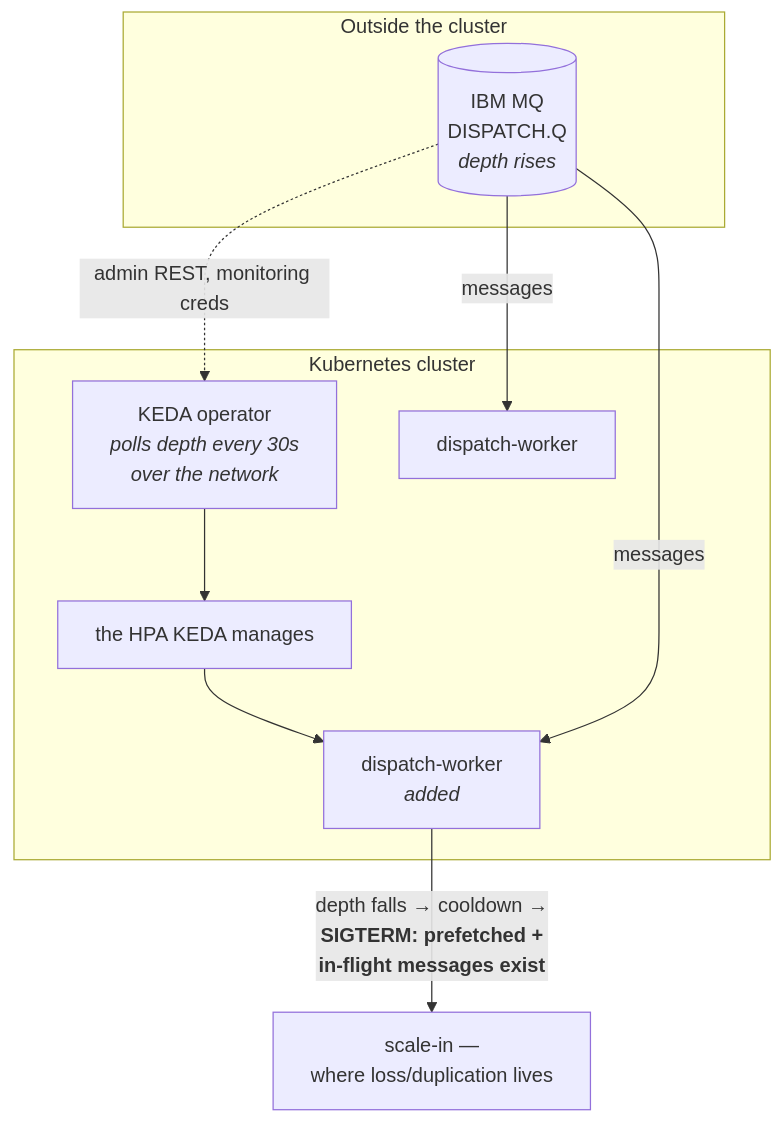
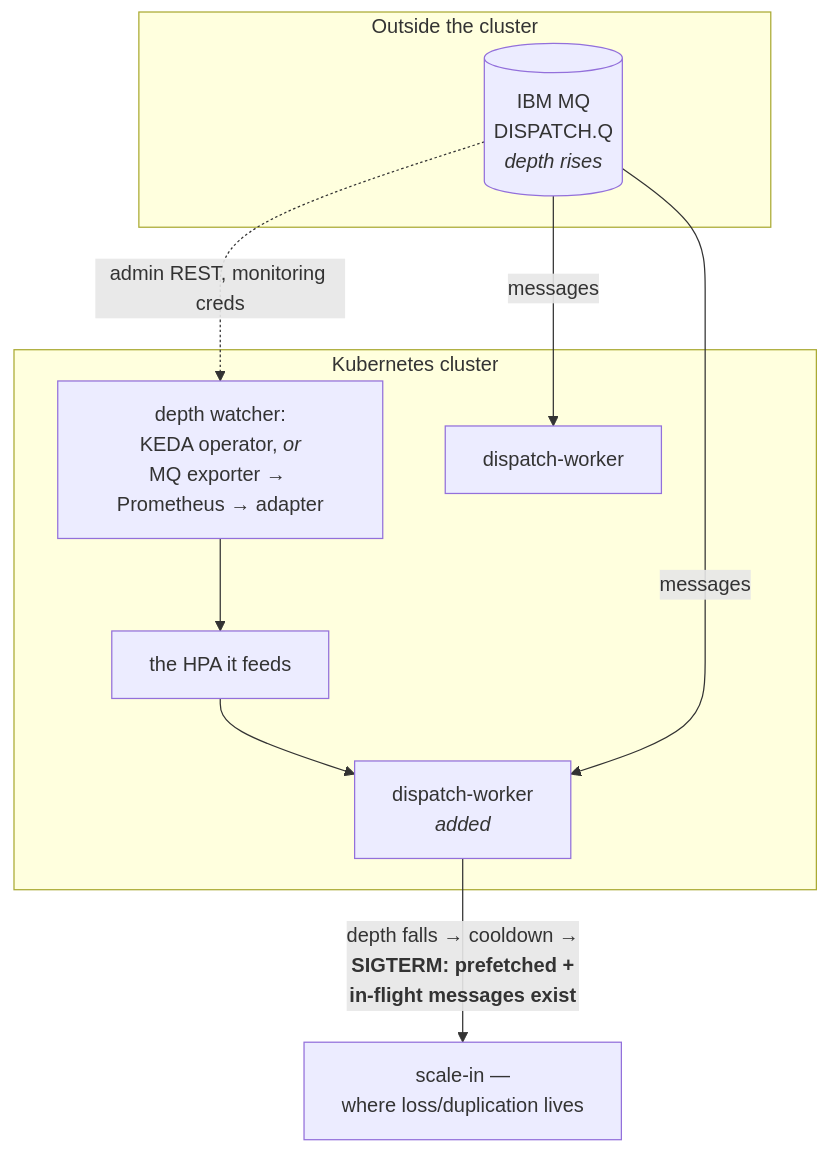
The diagram in src/content/docs/autoscaling/messaging-consumers.md (jamiegunn/k8s_soup_to_nuts), drawn with Mermaid before and after one commit. The commit also changed other lines of this file and 19 other files, not shown here.

````diff
--- a/src/content/docs/autoscaling/messaging-consumers.md
+++ b/src/content/docs/autoscaling/messaging-consumers.md
@@ -27,17 +27,17 @@
 ```mermaid
 flowchart TD
     subgraph outside["Outside the cluster"]
         MQ[("IBM MQ<br/>DISPATCH.Q<br/><i>depth rises</i>")]
     end
     subgraph cluster["Kubernetes cluster"]
-        KEDA["KEDA operator<br/><i>polls depth every 30s<br/>over the network</i>"]
-        HPA["the HPA KEDA manages"]
+        KEDA["depth watcher:<br/>KEDA operator, <i>or</i><br/>MQ exporter → Prometheus → adapter"]
+        HPA["the HPA it feeds"]
         W1["dispatch-worker"] 
         W2["dispatch-worker<br/><i>added</i>"]
     end
     MQ -.->|"admin REST, monitoring creds"| KEDA
     KEDA --> HPA --> W2
     MQ -->|"messages"| W1
     MQ -->|"messages"| W2
     W2 -->|"depth falls → cooldown →<br/><b>SIGTERM: prefetched +<br/>in-flight messages exist</b>"| X["scale-in —<br/>where loss/duplication lives"]
 ```
````
